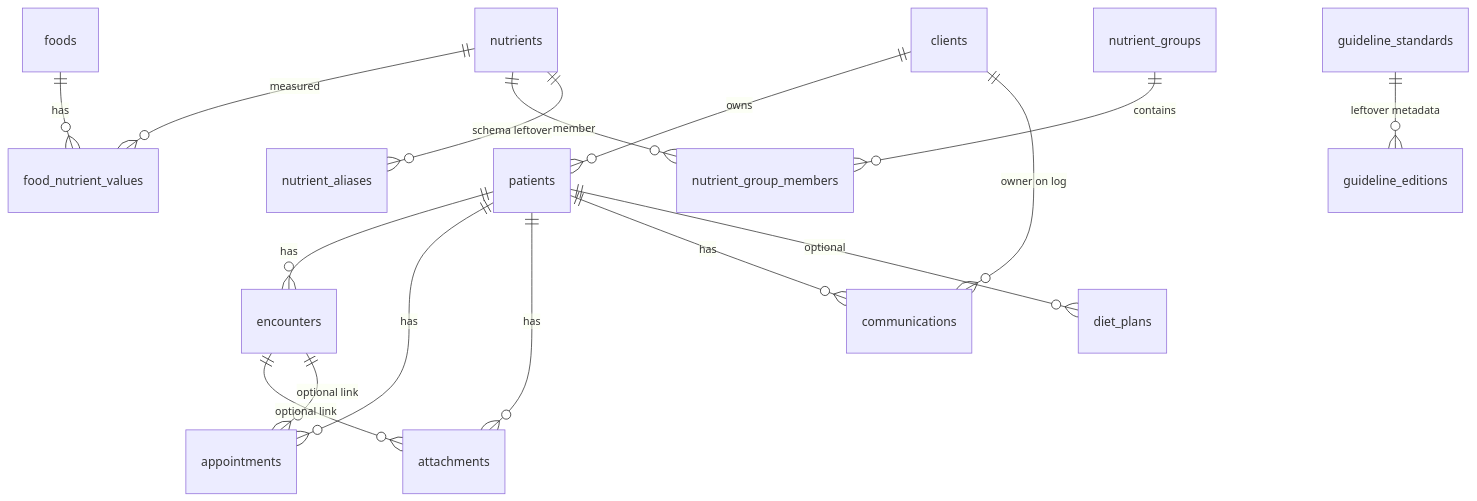
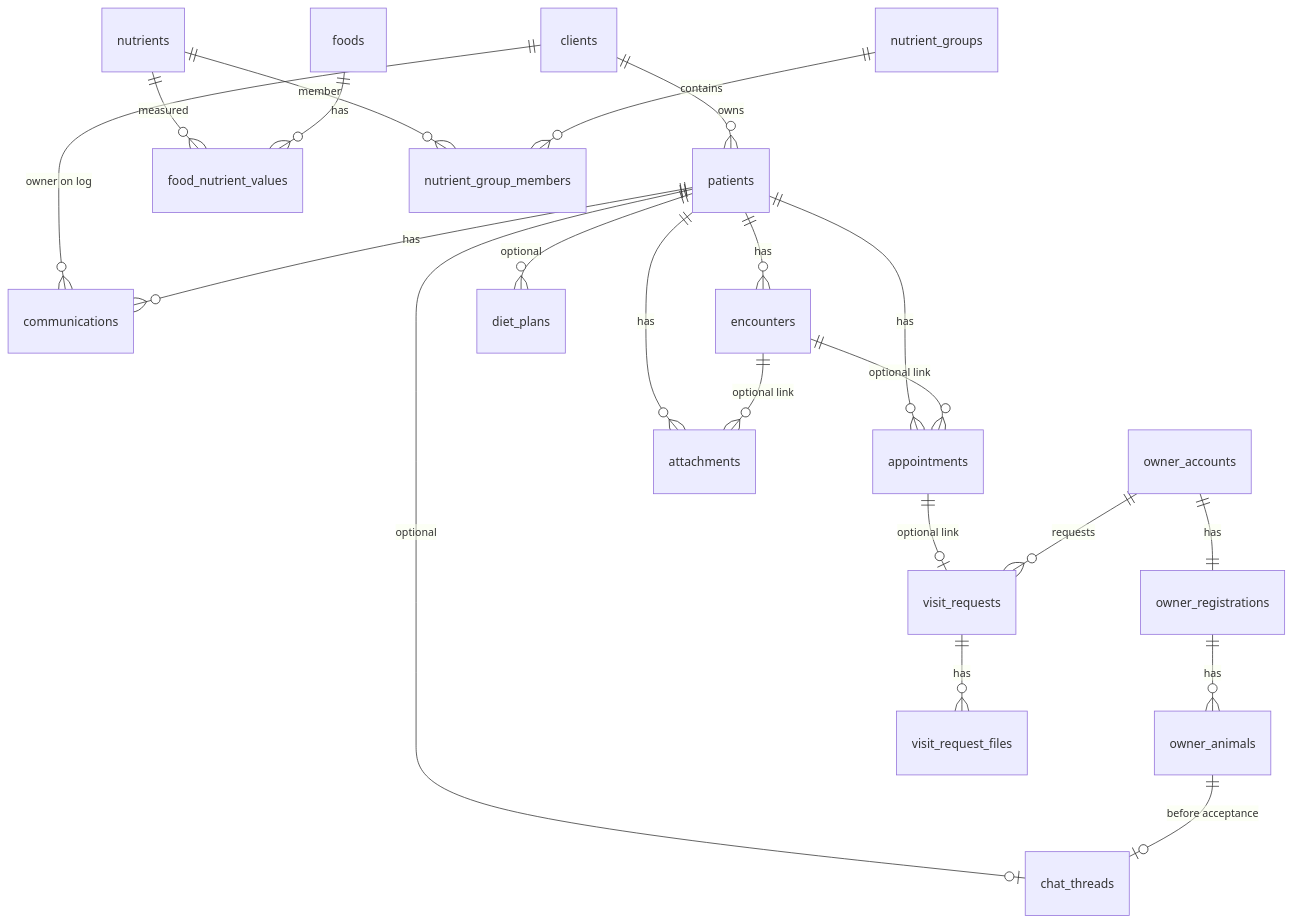
One commit to PythonTrip/vetapp changed the diagram in docs/PROJECT.md. Above: the diagram before and after it, drawn with Mermaid. The commit also changed other lines of this file and 5 other files, not shown here.

````diff
--- a/docs/PROJECT.md
+++ b/docs/PROJECT.md
@@ -129,20 +128,25 @@
 ```mermaid
 erDiagram
     clients ||--o{ patients : owns
     clients ||--o{ communications : "owner on log"
     patients ||--o{ encounters : has
     patients ||--o{ appointments : has
     patients ||--o{ attachments : has
     patients ||--o{ communications : has
     patients ||--o{ diet_plans : "optional"
+    patients ||--o| chat_threads : "optional"
     encounters ||--o{ attachments : "optional link"
     encounters ||--o{ appointments : "optional link"
+    appointments ||--o| visit_requests : "optional link"
+
+    owner_accounts ||--|| owner_registrations : has
+    owner_registrations ||--o{ owner_animals : has
+    owner_animals ||--o| chat_threads : "before acceptance"
+    owner_accounts ||--o{ visit_requests : requests
+    visit_requests ||--o{ visit_request_files : has
 
     nutrients ||--o{ food_nutrient_values : measured
     foods ||--o{ food_nutrient_values : has
     nutrients ||--o{ nutrient_group_members : member
     nutrient_groups ||--o{ nutrient_group_members : contains
-    nutrients ||--o{ nutrient_aliases : "schema leftover"
-
-    guideline_standards ||--o{ guideline_editions : "leftover metadata"
 ```
````
